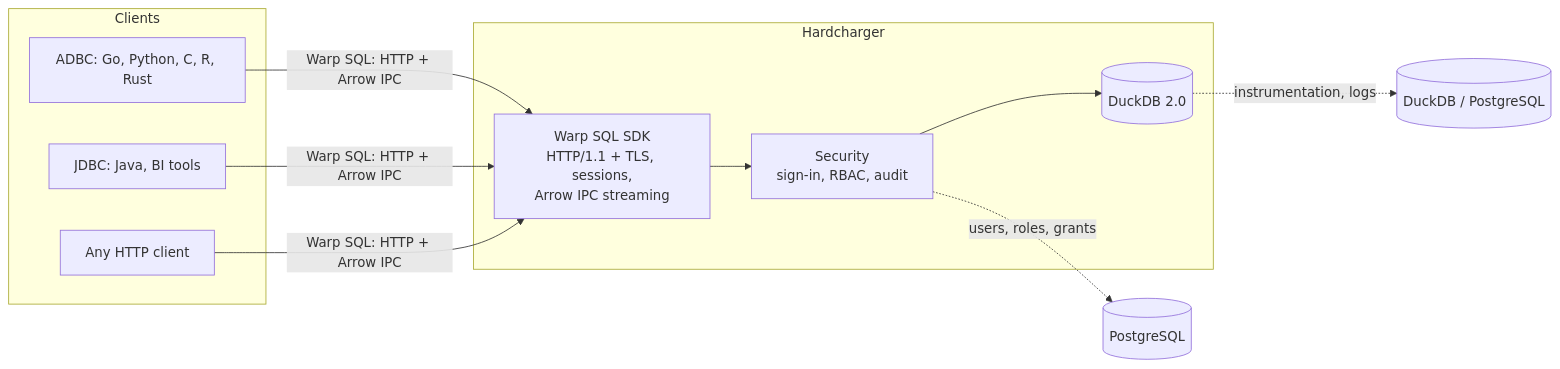
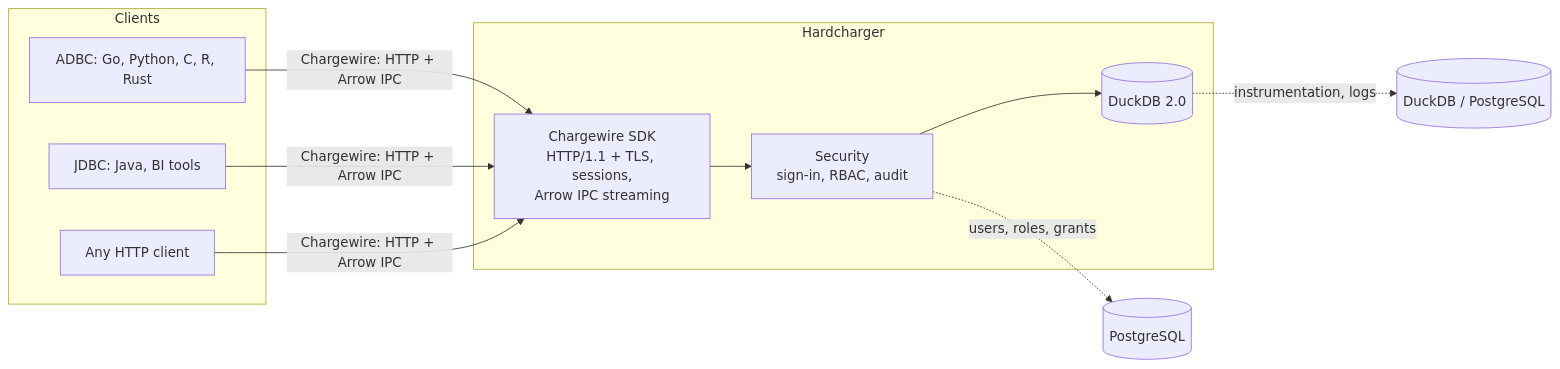
One commit to gizmodata/hardcharger changed the second of 2 diagrams in README.md. Above: the diagram before and after it, drawn with Mermaid. The commit also changed other lines of this file and 284 other files, not shown here.

````diff
--- a/README.md
+++ b/README.md
@@ -1340,17 +1340,17 @@
 ```mermaid
 flowchart LR
   subgraph Clients
     A[ADBC: Go, Python, C, R, Rust]
     J[JDBC: Java, BI tools]
     H[Any HTTP client]
   end
   subgraph Hardcharger
-    W[Warp SQL SDK<br/>HTTP/1.1 + TLS, sessions,<br/>Arrow IPC streaming]
+    W[Chargewire SDK<br/>HTTP/1.1 + TLS, sessions,<br/>Arrow IPC streaming]
     S[Security<br/>sign-in, RBAC, audit]
     D[(DuckDB 2.0)]
   end
-  A & J & H -- "Warp SQL: HTTP + Arrow IPC" --> W
+  A & J & H -- "Chargewire: HTTP + Arrow IPC" --> W
   W --> S --> D
   S -. users, roles, grants .-> P[(PostgreSQL)]
   D -. instrumentation, logs .-> L[(DuckDB / PostgreSQL)]
 ```
````
